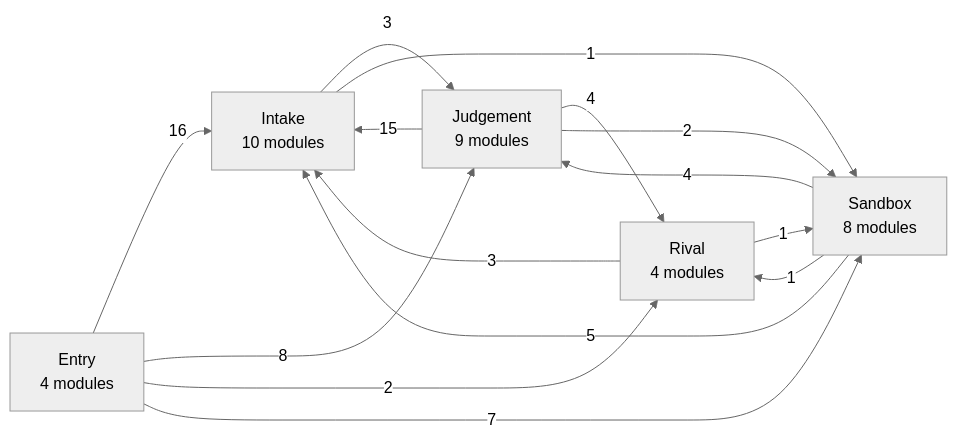
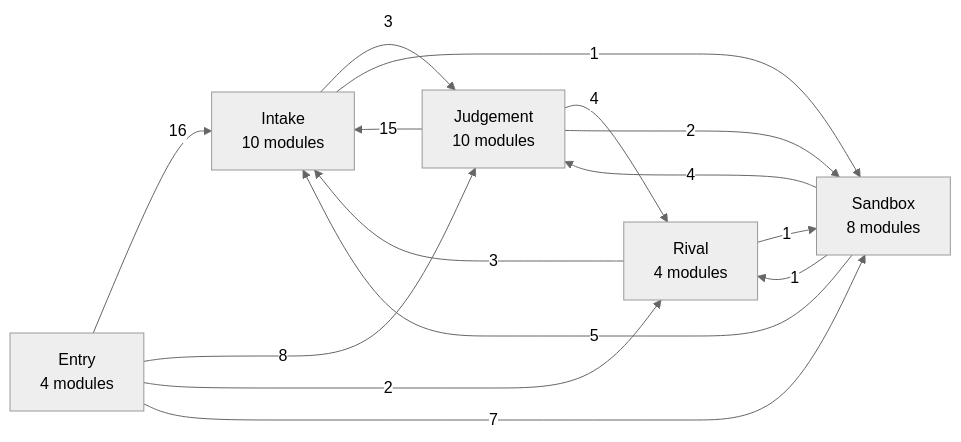
The second of 8 diagrams in docs/harita.md (Okan-wqm/snowball-mcp), drawn with Mermaid (neutral theme) before and after one commit. The commit also changed other lines of this file and 20 other files, not shown here.

````diff
--- a/docs/harita.md
+++ b/docs/harita.md
@@ -93,22 +93,22 @@
 ```mermaid
 flowchart LR
   a_Entry["Entry<br/>4 modules"]
   a_Intake["Intake<br/>10 modules"]
   a_Sandbox["Sandbox<br/>8 modules"]
   a_Rival["Rival<br/>4 modules"]
-  a_Judgement["Judgement<br/>9 modules"]
+  a_Judgement["Judgement<br/>10 modules"]
   a_Entry -->|16| a_Intake
   a_Entry -->|8| a_Judgement
   a_Entry -->|2| a_Rival
   a_Entry -->|7| a_Sandbox
   a_Intake -->|3| a_Judgement
   a_Intake -->|1| a_Sandbox
   a_Judgement -->|15| a_Intake
   a_Judgement -->|4| a_Rival
   a_Judgement -->|2| a_Sandbox
   a_Rival -->|3| a_Intake
   a_Rival -->|1| a_Sandbox
   a_Sandbox -->|5| a_Intake
   a_Sandbox -->|4| a_Judgement
   a_Sandbox -->|1| a_Rival
 ```
````
